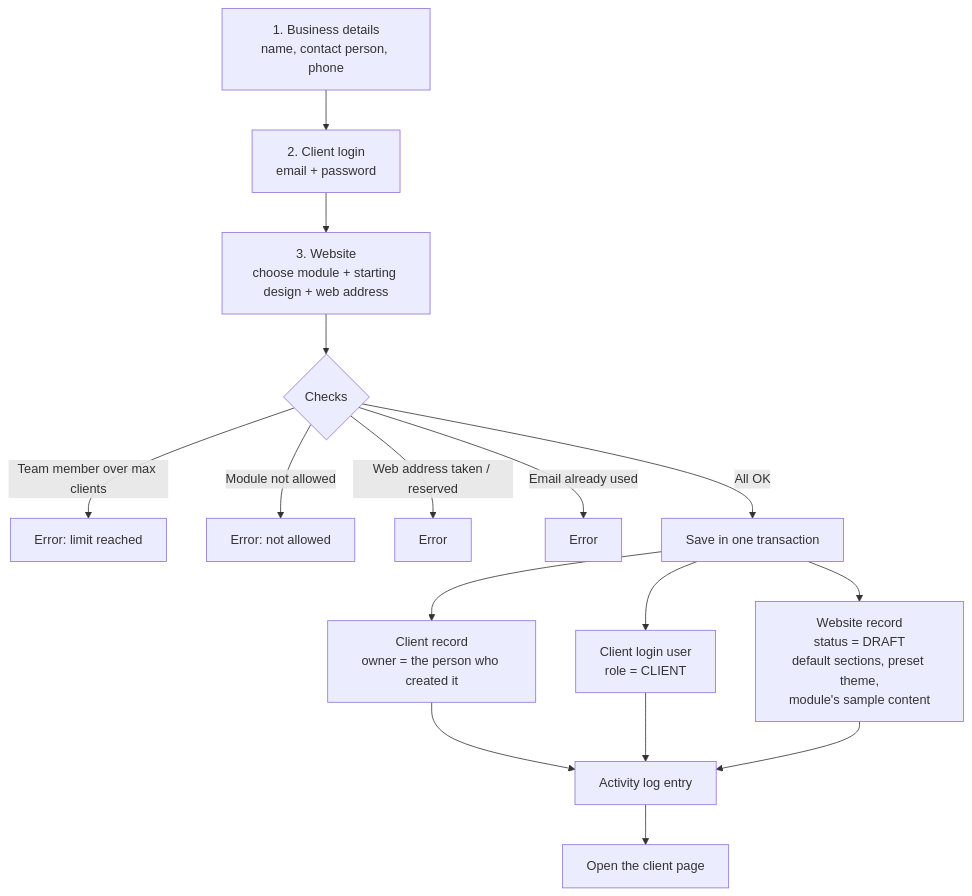
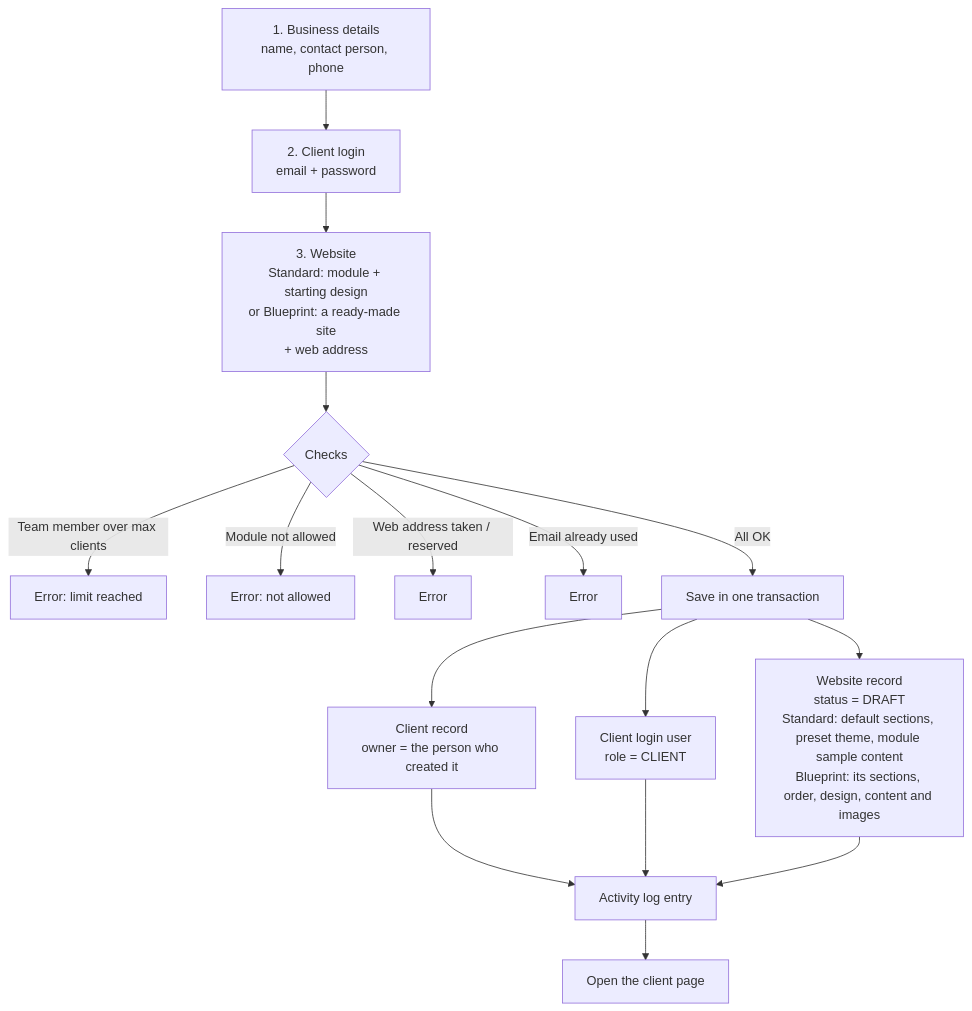
The fourth of 13 diagrams in docs/APPLICATION_FLOW.md (Ritiksharmaji/site-auto-matrix), drawn with Mermaid before and after one commit. The commit also changed other lines of this file and 127 other files, not shown here.

First line of the commit message:
feat: blueprints (29 ready-made sites), tech module, page-structure design options

````diff
--- a/docs/APPLICATION_FLOW.md
+++ b/docs/APPLICATION_FLOW.md
@@ -210,16 +221,16 @@
 ```mermaid
 flowchart TD
     A[1. Business details<br/>name, contact person, phone] --> B[2. Client login<br/>email + password]
-    B --> C[3. Website<br/>choose module + starting design + web address]
+    B --> C[3. Website<br/>Standard: module + starting design<br/>or Blueprint: a ready-made site<br/>+ web address]
     C --> D{Checks}
     D -->|Team member over max clients| X1[Error: limit reached]
     D -->|Module not allowed| X2[Error: not allowed]
     D -->|Web address taken / reserved| X3[Error]
     D -->|Email already used| X4[Error]
     D -->|All OK| E[Save in one transaction]
     E --> E1[Client record<br/>owner = the person who created it]
     E --> E2[Client login user<br/>role = CLIENT]
-    E --> E3[Website record<br/>status = DRAFT<br/>default sections, preset theme,<br/>module's sample content]
+    E --> E3[Website record<br/>status = DRAFT<br/>Standard: default sections, preset theme, module sample content<br/>Blueprint: its sections, order, design, content and images]
     E1 & E2 & E3 --> F[Activity log entry]
     F --> G[Open the client page]
 ```
````
